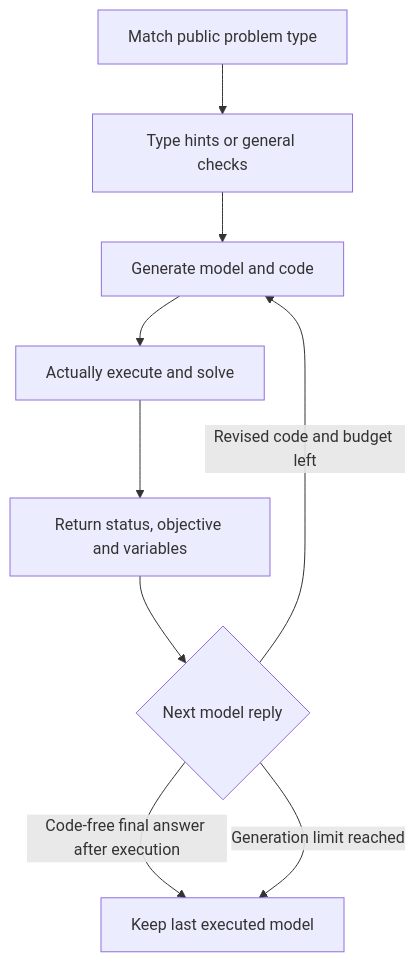
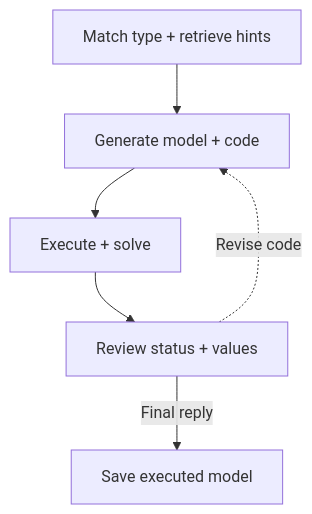
One commit to Fangziyang0910/LLM4OM changed the diagram in website/content/en/optimind.md. Above: the diagram before and after it, drawn with Mermaid. The commit also changed other lines of this file and 231 other files, not shown here.

````diff
--- a/website/content/en/optimind.md
+++ b/website/content/en/optimind.md
@@ -11,11 +11,11 @@
 ```mermaid
 flowchart TB
-  Classify["Match public problem type"] --> Hint["Type hints or general checks"]
-  Hint --> Generate["Generate model and code"]
-  Generate --> Solve["Actually execute and solve"]
-  Solve --> Feedback["Return status, objective and variables"]
-  Feedback --> Decision{"Next model reply"}
-  Decision -->|Revised code and budget left| Generate
-  Decision -->|Code-free final answer after execution| Finish["Keep last executed model"]
-  Decision -->|Generation limit reached| Finish
+  Hint["Match type + retrieve hints"]
+  Generate["Generate model + code"]
+  Solve["Execute + solve"]
+  Feedback["Review status + values"]
+  Finish["Save executed model"]
+  Hint --> Generate --> Solve --> Feedback
+  Feedback -.->|Revise code| Generate
+  Feedback -->|Final reply| Finish
 ```
````
